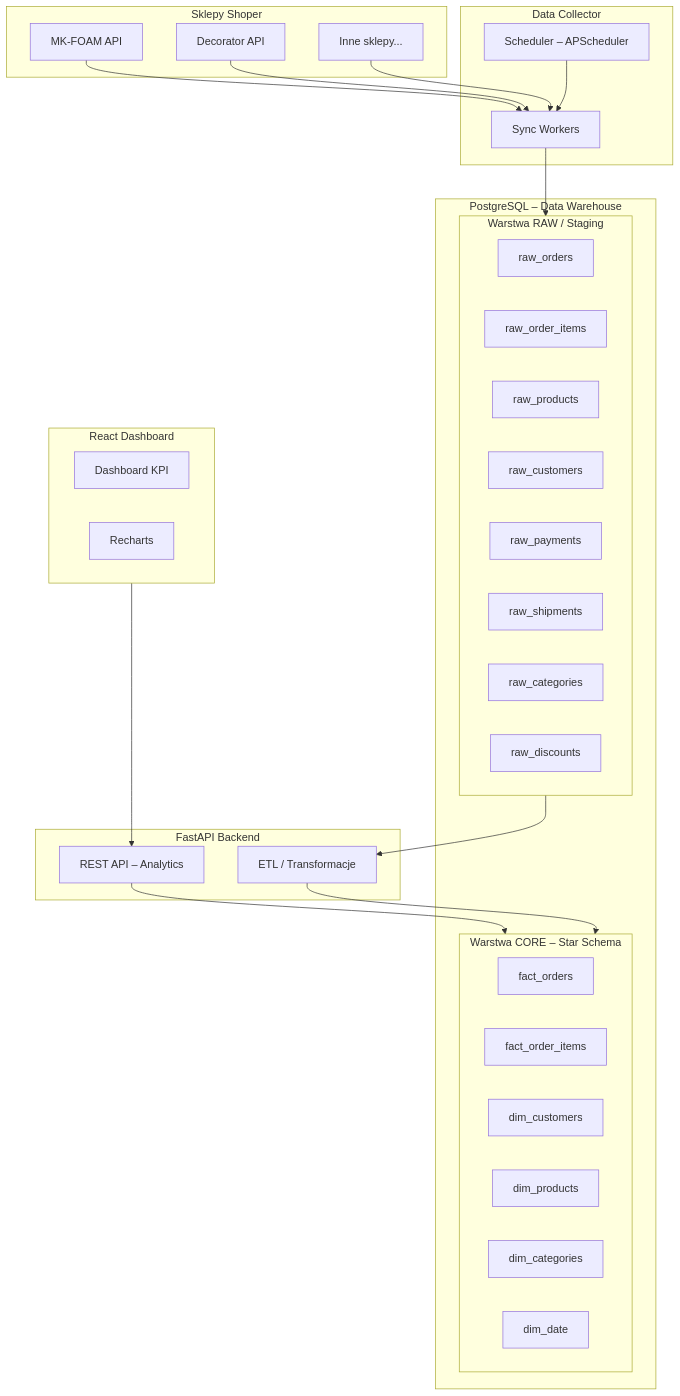
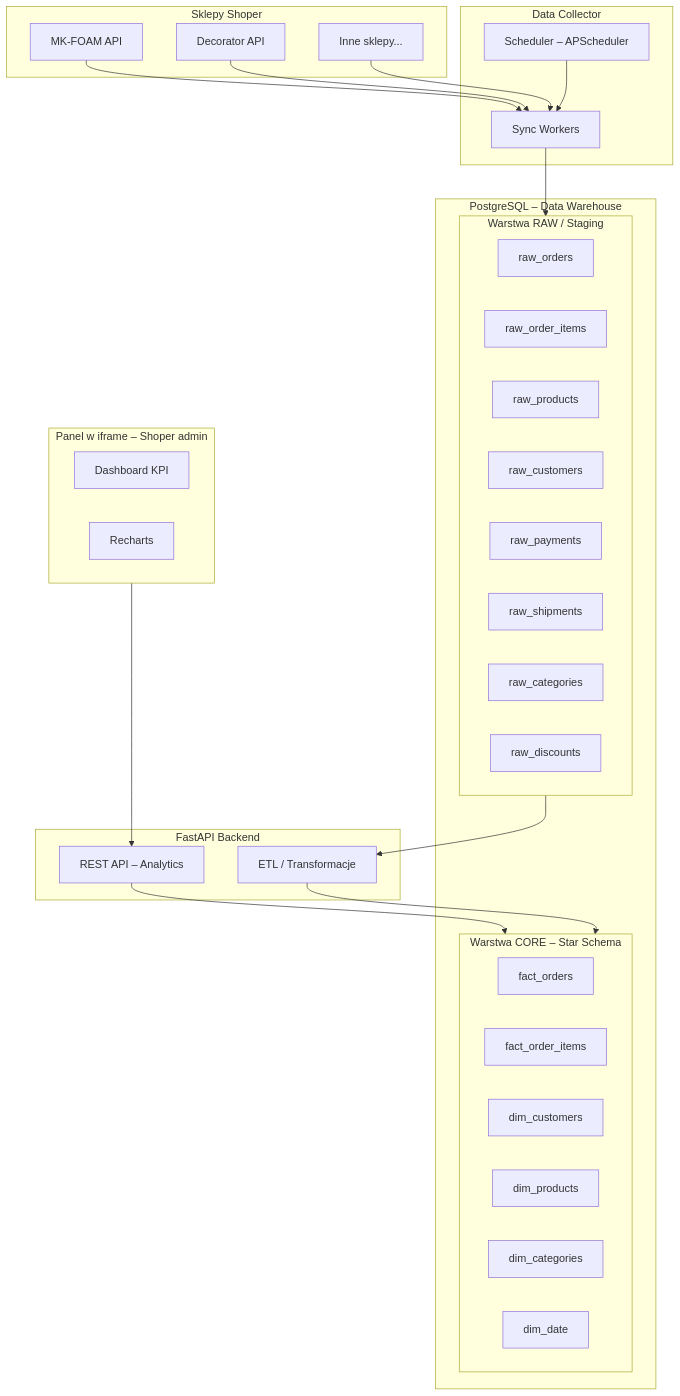
Before and after one commit to mxsgd/BI_Shoper: the diagram in PLAN.md, drawn with Mermaid. The commit also changed other lines of this file and 24 other files, not shown here.

````diff
--- a/PLAN.md
+++ b/PLAN.md
@@ -12,54 +14,54 @@
 ```mermaid
 graph TD
     subgraph shoperAPI [Sklepy Shoper]
         MK[MK-FOAM API]
         DEC[Decorator API]
         OTHER[Inne sklepy...]
     end
 
     subgraph collector [Data Collector]
         CRON[Scheduler – APScheduler]
         SYNC[Sync Workers]
     end
 
     subgraph db [PostgreSQL – Data Warehouse]
         subgraph raw [Warstwa RAW / Staging]
             R_ORD[raw_orders]
             R_ITEMS[raw_order_items]
             R_PROD[raw_products]
             R_CUST[raw_customers]
             R_PAY[raw_payments]
             R_SHIP[raw_shipments]
             R_CAT[raw_categories]
             R_DISC[raw_discounts]
         end
         subgraph core [Warstwa CORE – Star Schema]
             F_ORD[fact_orders]
             F_ITEMS[fact_order_items]
             D_CUST[dim_customers]
             D_PROD[dim_products]
             D_CAT[dim_categories]
             D_DATE[dim_date]
         end
     end
 
     subgraph backend [FastAPI Backend]
         API[REST API – Analytics]
         TRANSFORM[ETL / Transformacje]
     end
 
-    subgraph frontend [React Dashboard]
+    subgraph frontend [Panel w iframe – Shoper admin]
         DASH[Dashboard KPI]
         CHARTS[Recharts]
     end
 
     MK --> SYNC
     DEC --> SYNC
     OTHER --> SYNC
     CRON --> SYNC
     SYNC --> raw
     TRANSFORM --> core
     raw --> TRANSFORM
     API --> core
     frontend --> API
 ```
````
